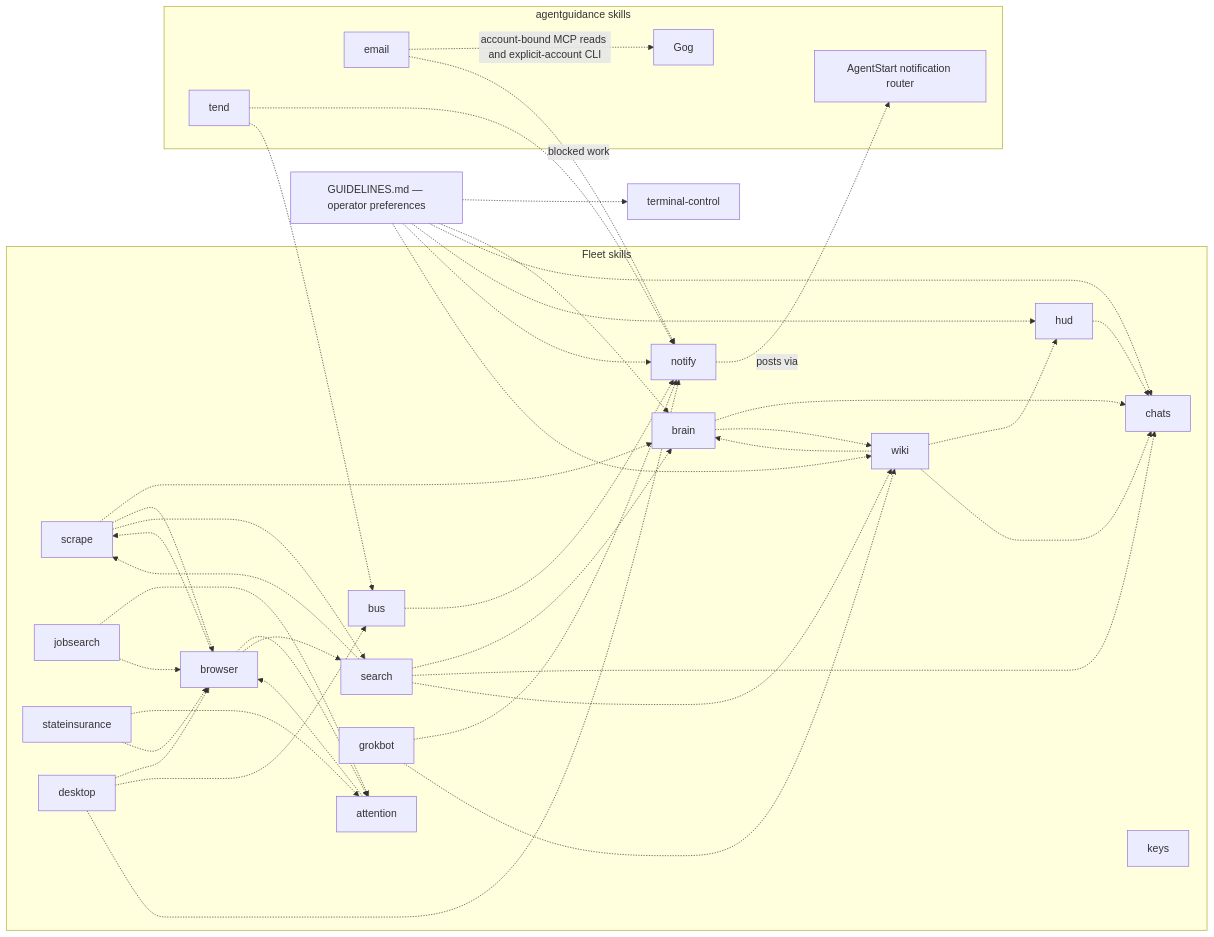
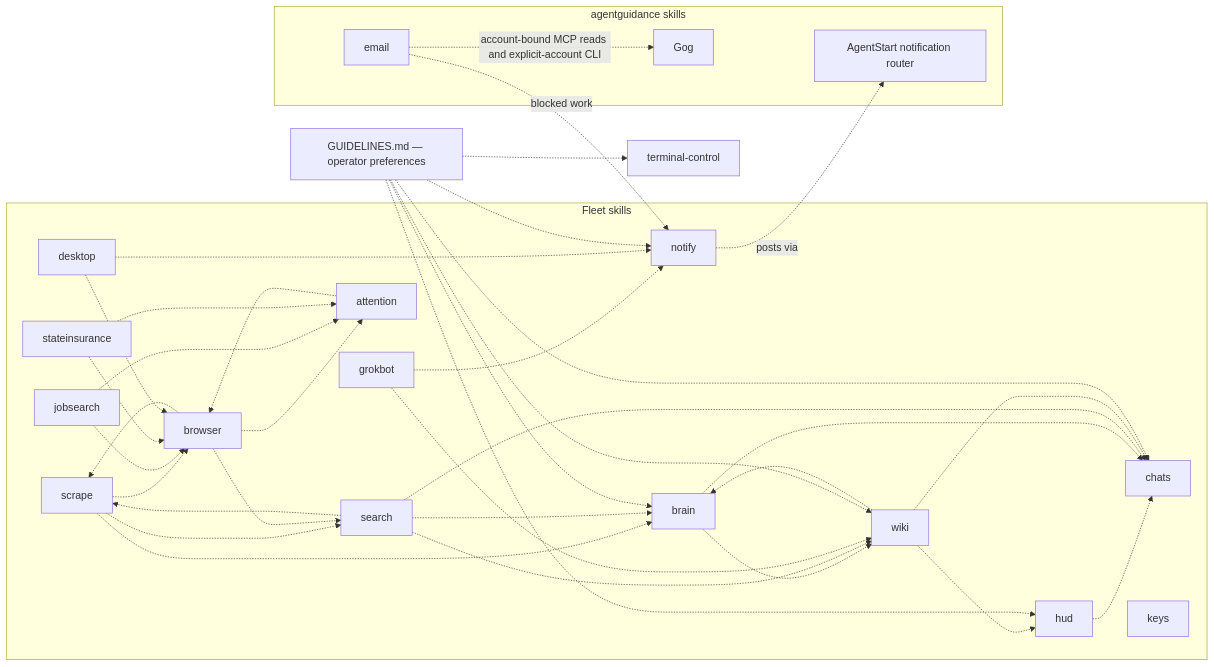
Before and after one commit to possibilities/agentstart: the third of 3 diagrams in skills/fleet/MAP.md, drawn with Mermaid. The commit also changed other lines of this file and 25 other files, not shown here.

````diff
--- a/skills/fleet/MAP.md
+++ b/skills/fleet/MAP.md
@@ -140,32 +131,28 @@
 ```mermaid
 flowchart LR
     subgraph fleetSkills [Fleet skills]
         hud -.-> chats
         brain -.-> chats & wiki
         scrape -.-> brain & browser & search
         search -.-> brain & chats & scrape & wiki
         browser -.-> attention & scrape & search
         attention -.-> browser
         jobsearch -.-> attention & browser
         stateinsurance -.-> attention & browser
         wiki -.-> hud & brain & chats
-        desktop -.-> browser & bus
+        desktop -.-> browser
         grokbot -.-> notify & wiki
         chats
         keys
-        bus
     end
 
     subgraph guidanceSkills [agentguidance skills]
         notify -.->|posts via| notifierCli[AgentStart notification router]
         email -.->|account-bound MCP reads and explicit-account CLI| gog[Gog]
         email -.->|blocked work| notify
-        tend[tend] -.-> notify
-        tend -.-> bus
     end
 
-    bus -.-> notify
     desktop -.-> notify
 
     guidelines[GUIDELINES.md — operator preferences] -.-> brain & chats & hud & notify & wiki & terminalControl[terminal-control]
 ```
````
